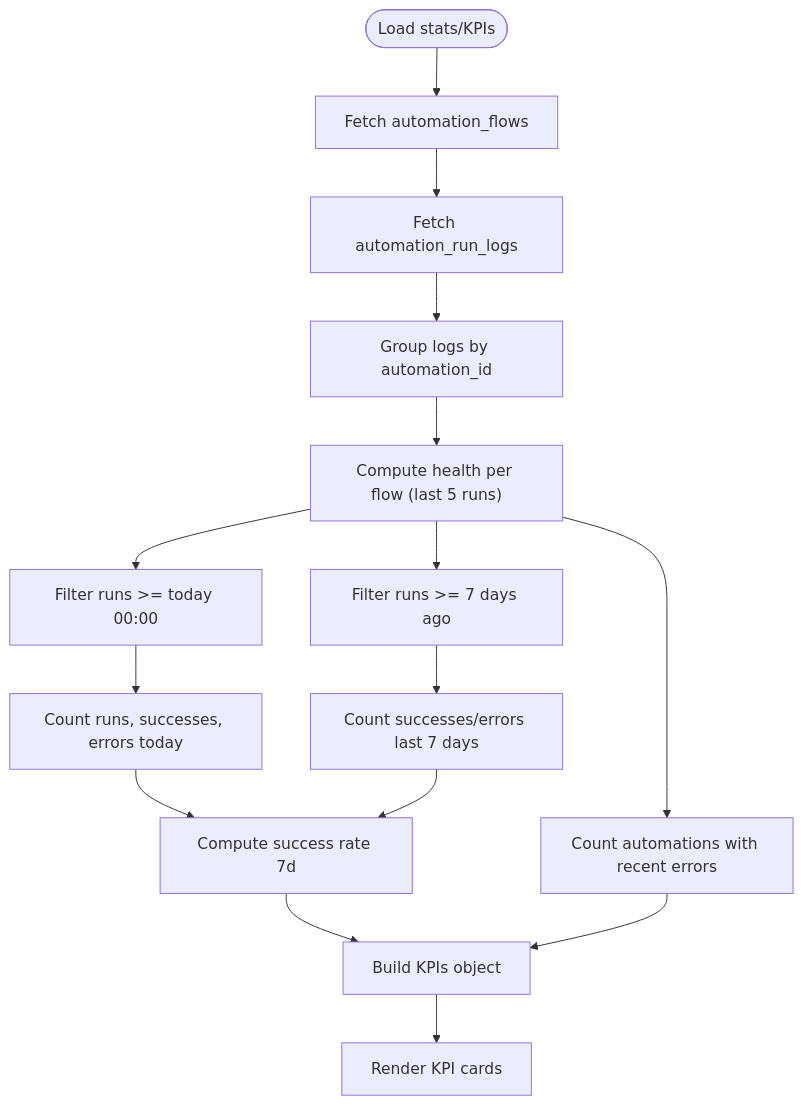
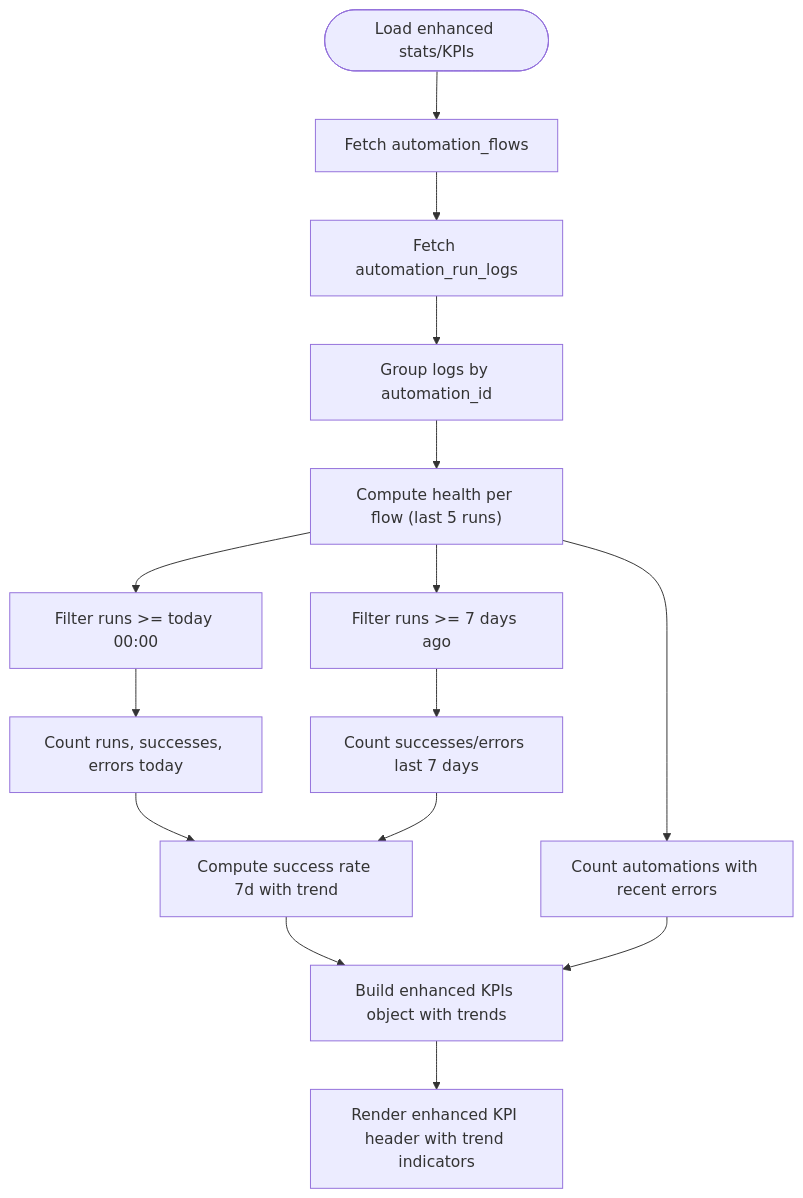
The third of 5 diagrams in .qoder/repowiki/en/content/Automation System/Automation KPIs and Dashboard.md (gastaldellomarco/pcReady), drawn with Mermaid before and after one commit. The commit also changed other lines of this file and 19 other files, not shown here.

First line of the commit message:
feat(automation): enhance Automation Flow Builder with dual-mode design and advanced UI

````diff
--- a/.qoder/repowiki/en/content/Automation System/Automation KPIs and Dashboard.md
+++ b/.qoder/repowiki/en/content/Automation System/Automation KPIs and Dashboard.md
@@ -128,17 +149,17 @@
 ```mermaid
 flowchart TD
-Start(["Load stats/KPIs"]) --> FetchFlows["Fetch automation_flows"]
+Start(["Load enhanced stats/KPIs"]) --> FetchFlows["Fetch automation_flows"]
 FetchFlows --> FetchLogs["Fetch automation_run_logs"]
 FetchLogs --> Group["Group logs by automation_id"]
 Group --> ComputeHealth["Compute health per flow (last 5 runs)"]
 ComputeHealth --> Today["Filter runs >= today 00:00"]
 ComputeHealth --> Week["Filter runs >= 7 days ago"]
 Today --> TodayCounts["Count runs, successes, errors today"]
 Week --> WeekCounts["Count successes/errors last 7 days"]
-TodayCounts --> SuccessRate["Compute success rate 7d"]
+TodayCounts --> SuccessRate["Compute success rate 7d with trend"]
 WeekCounts --> SuccessRate
-SuccessRate --> KPIs["Build KPIs object"]
+SuccessRate --> KPIs["Build enhanced KPIs object with trends"]
 ComputeHealth --> RecentErrors["Count automations with recent errors"]
 RecentErrors --> KPIs
-KPIs --> Render["Render KPI cards"]
+KPIs --> Render["Render enhanced KPI header with trend indicators"]
 ```
````
